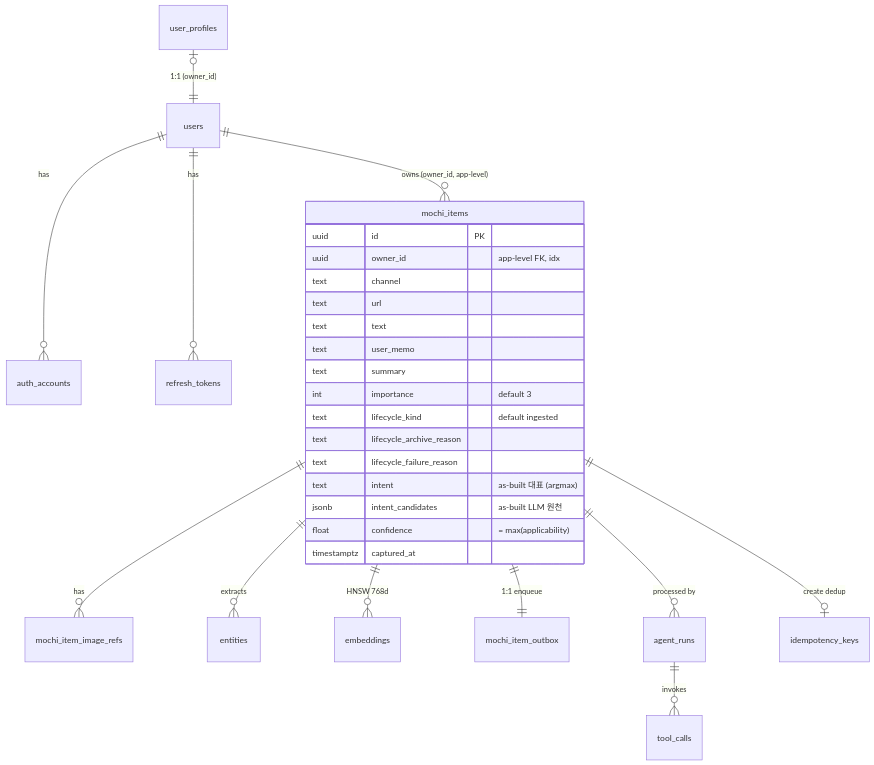
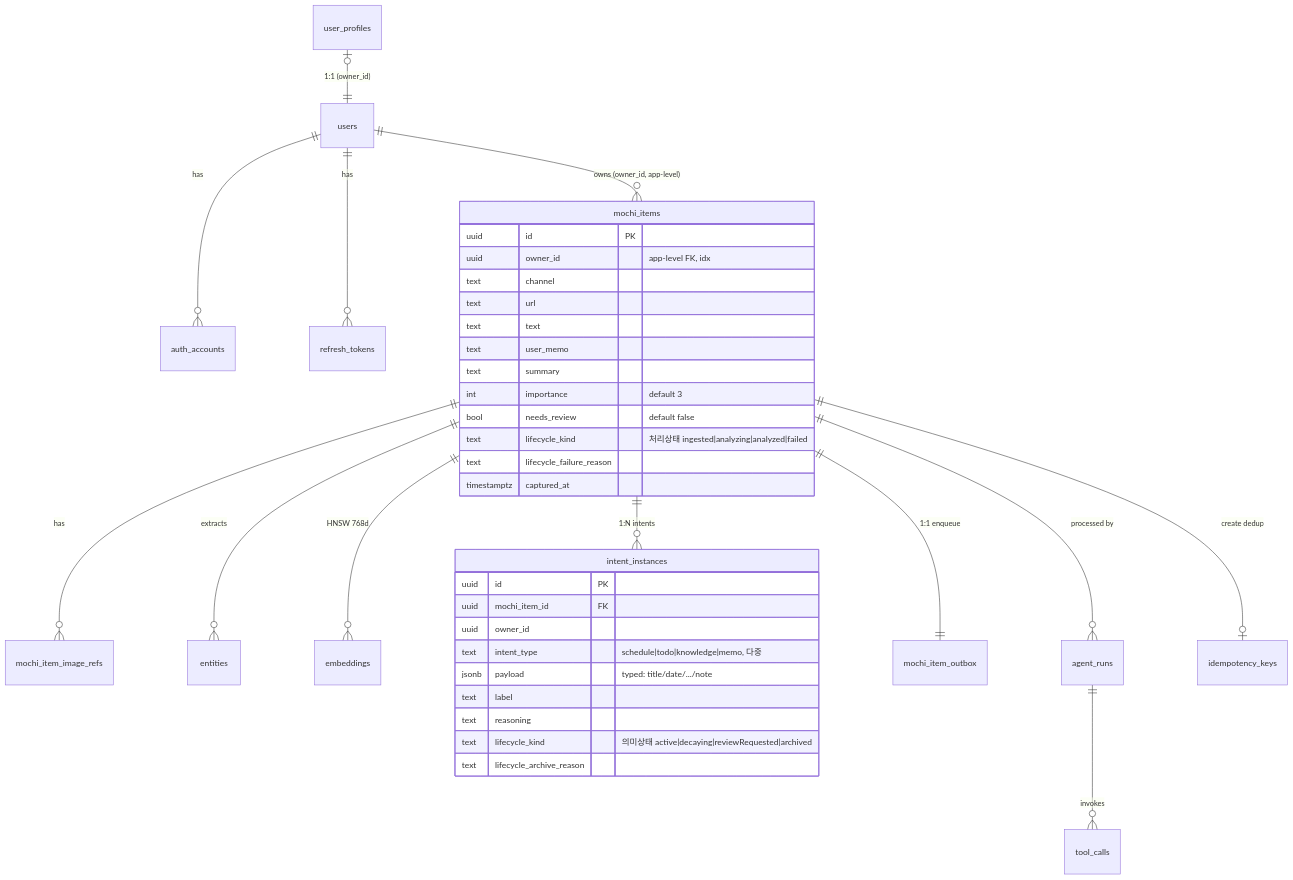
Before and after one commit to dku-mochi/mochi: the diagram in docs/DOMAIN_DESIGN.md, drawn with Mermaid. The commit also changed other lines of this file and 73 other files, not shown here.

````diff
--- a/docs/DOMAIN_DESIGN.md
+++ b/docs/DOMAIN_DESIGN.md
@@ -78,33 +78,42 @@
 ```mermaid
 erDiagram
     users ||--o{ auth_accounts : has
     users ||--o{ refresh_tokens : has
     users ||--o{ mochi_items : "owns (owner_id, app-level)"
     user_profiles |o--|| users : "1:1 (owner_id)"
 
     mochi_items ||--o{ mochi_item_image_refs : has
     mochi_items ||--o{ entities : extracts
     mochi_items ||--o{ embeddings : "HNSW 768d"
+    mochi_items ||--o{ intent_instances : "1:N intents"
     mochi_items ||--|| mochi_item_outbox : "1:1 enqueue"
     mochi_items ||--o{ agent_runs : "processed by"
     agent_runs  ||--o{ tool_calls : invokes
     mochi_items ||--o| idempotency_keys : "create dedup"
 
     mochi_items {
         uuid id PK
         uuid owner_id "app-level FK, idx"
         text channel
         text url
         text text
         text user_memo
         text summary
         int importance "default 3"
-        text lifecycle_kind "default ingested"
-        text lifecycle_archive_reason
+        bool needs_review "default false"
+        text lifecycle_kind "처리상태 ingested|analyzing|analyzed|failed"
         text lifecycle_failure_reason
-        text intent "as-built 대표 (argmax)"
-        jsonb intent_candidates "as-built LLM 원천"
-        float confidence "= max(applicability)"
         timestamptz captured_at
     }
+    intent_instances {
+        uuid id PK
+        uuid mochi_item_id FK
+        uuid owner_id
+        text intent_type "schedule|todo|knowledge|memo, 다중"
+        jsonb payload "typed: title/date/.../note"
+        text label
+        text reasoning
+        text lifecycle_kind "의미상태 active|decaying|reviewRequested|archived"
+        text lifecycle_archive_reason
+    }
 ```
````
